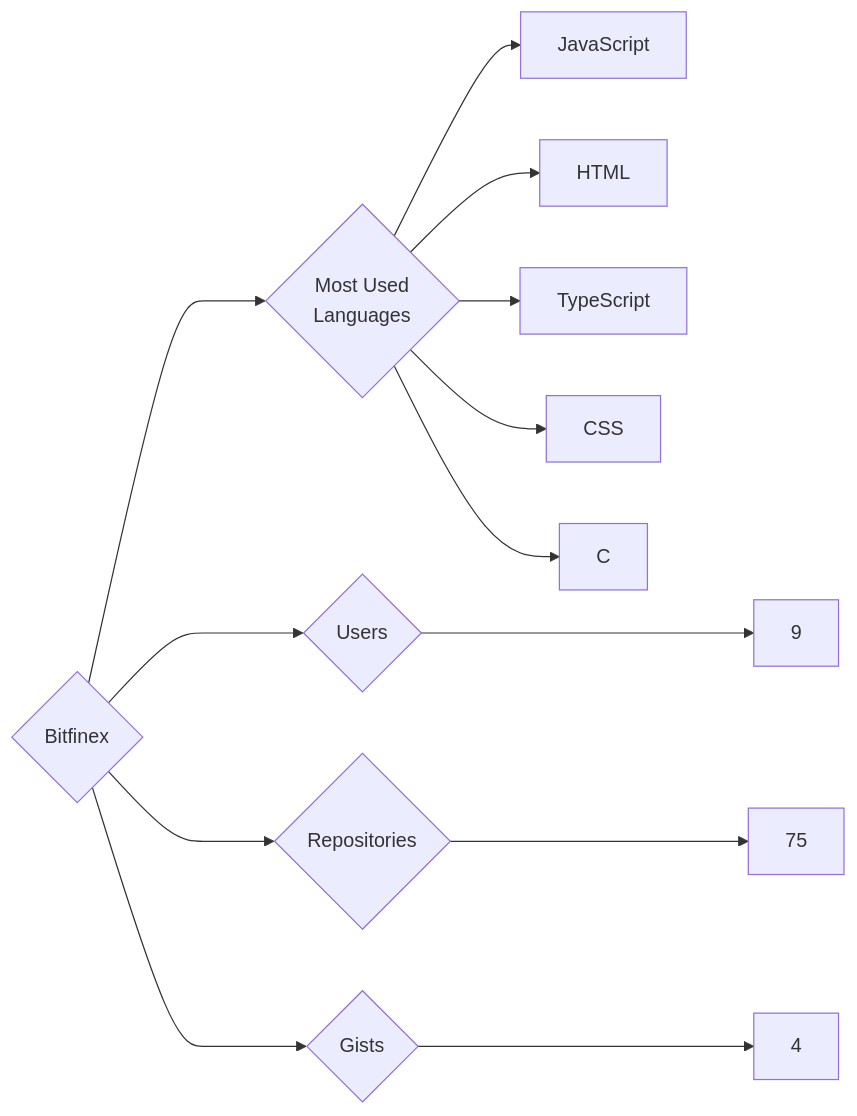
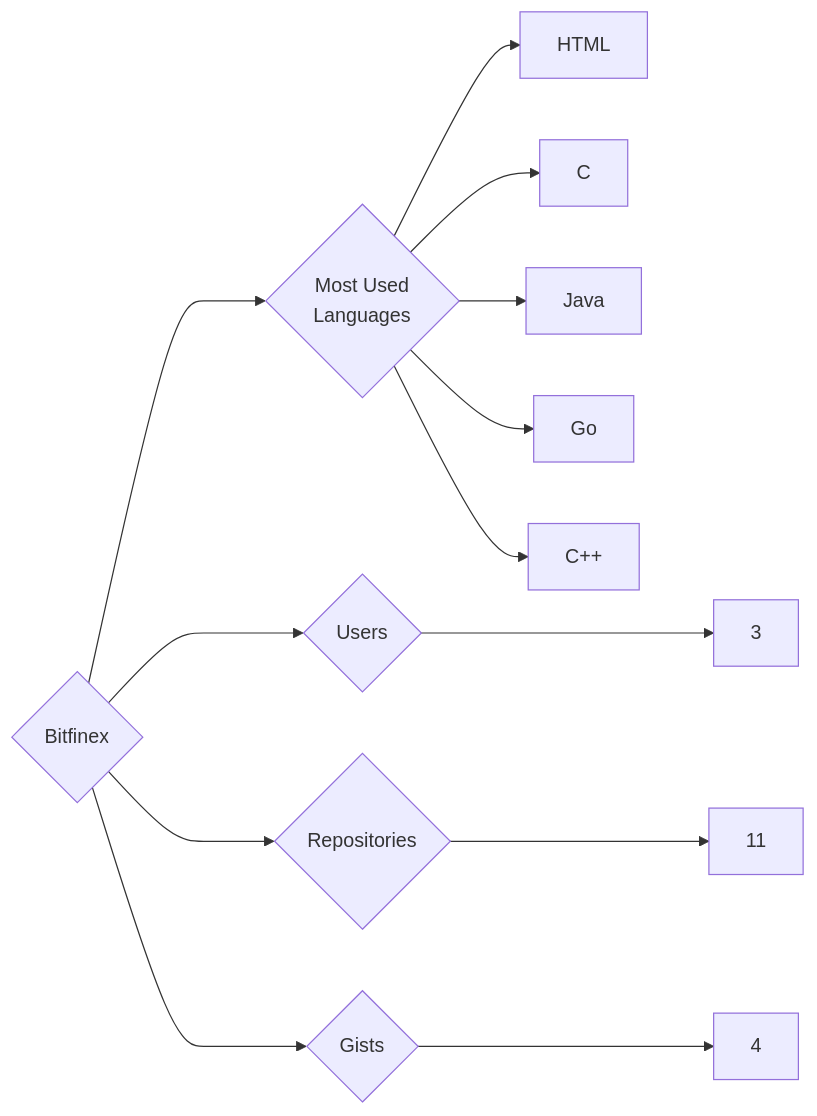
Before and after one commit to trickest/insiders: the diagram in targets/Bitfinex/README.md, drawn with Mermaid. The commit also changed 676 other files, not shown here.

````diff
--- a/targets/Bitfinex/README.md
+++ b/targets/Bitfinex/README.md
@@ -3,13 +3,13 @@
 ```mermaid
 graph LR
 COMPANY_NAME{Bitfinex}
-COMPANY_NAME ---> U{Users} ---> UN[9]
-COMPANY_NAME ---> R{Repositories} ---> RN[75]
+COMPANY_NAME ---> U{Users} ---> UN[3]
+COMPANY_NAME ---> R{Repositories} ---> RN[11]
 COMPANY_NAME ---> G{Gists} ---> GN[4]
 COMPANY_NAME ---> ML{Most Used<br>Languages}
-ML --> JavaScript[JavaScript]
 ML --> HTML[HTML]
-ML --> TypeScript[TypeScript]
-ML --> CSS[CSS]
 ML --> C[C]
+ML --> Java[Java]
+ML --> Go[Go]
+ML --> C++[C++]
 ```
````
